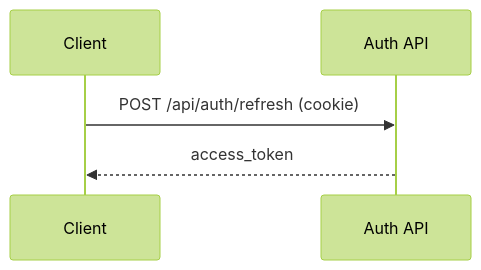
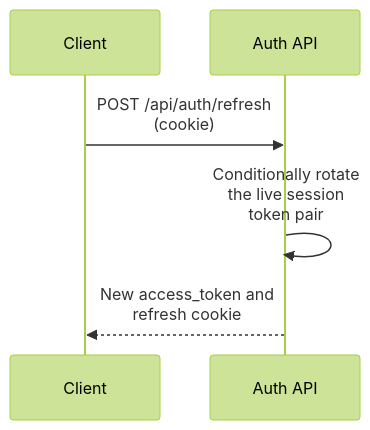
Before and after one commit to DevSkyLex/fireguard-api: the second of 2 diagrams in src/Auth/MODULE.md, drawn with Mermaid (forest theme). The commit also changed other lines of this file and 22 other files, not shown here.

Commit message:
docs: repair and explain Mermaid workflow diagrams

````diff
--- a/src/Auth/MODULE.md
+++ b/src/Auth/MODULE.md
@@ -289,7 +295,13 @@
 ```mermaid
+---
+config:
+  sequence:
+    wrap: true
+---
 sequenceDiagram
   participant C as Client
   participant A as Auth API
   C->>A: POST /api/auth/refresh (cookie)
-  A-->>C: access_token
+  A->>A: Conditionally rotate the live session token pair
+  A-->>C: New access_token and refresh cookie
 ```
````
